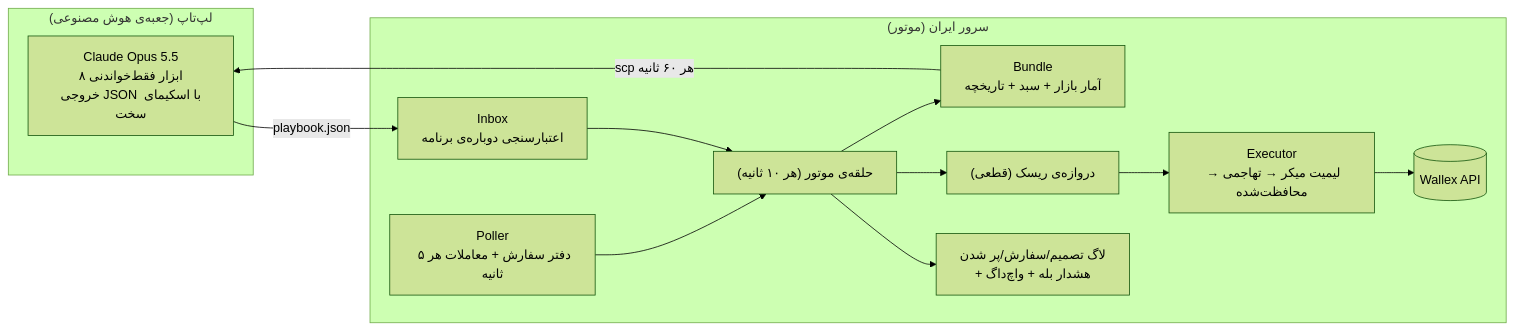
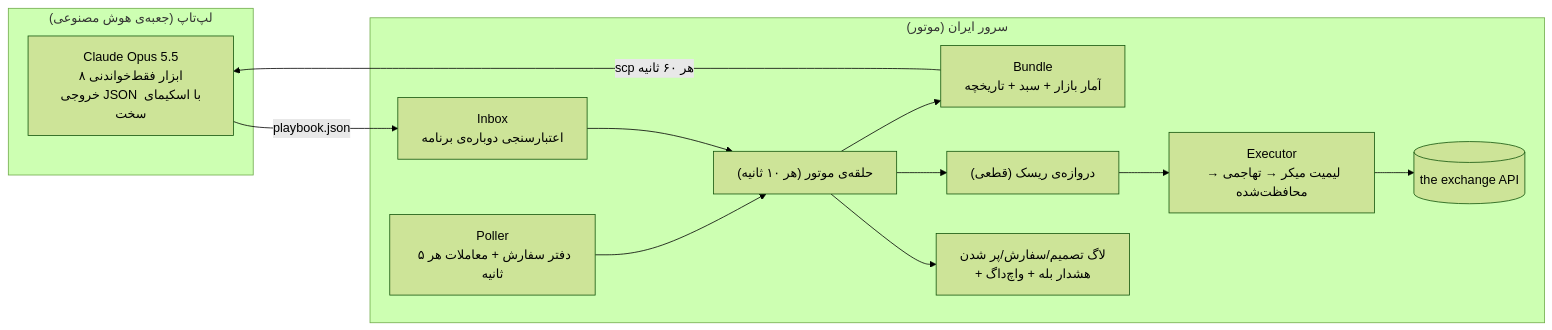
One commit to MetaParsa/kestrel changed the second of 2 diagrams in STRATEGY.md. Above: the diagram before and after it, drawn with Mermaid (forest theme). The commit also changed other lines of this file and 4 other files, not shown here.

````diff
--- a/STRATEGY.md
+++ b/STRATEGY.md
@@ -58,18 +58,18 @@
 ```mermaid
 flowchart LR
   subgraph Laptop["لپ‌تاپ (جعبه‌ی هوش مصنوعی)"]
     AI["Claude Opus 5.5<br/>۸ ابزار فقط‌خواندنی<br/>خروجی JSON با اسکیمای سخت"]
   end
   subgraph Server["سرور ایران (موتور)"]
     P["Poller<br/>دفتر سفارش + معاملات هر ۵ ثانیه"] --> L["حلقه‌ی موتور (هر ۱۰ ثانیه)"]
     B["Bundle<br/>آمار بازار + سبد + تاریخچه"] 
     L --> B
     I["Inbox<br/>اعتبارسنجی دوباره‌ی برنامه"] --> L
     L --> G["دروازه‌ی ریسک (قطعی)"]
     G --> X["Executor<br/>لیمیت میکر → تهاجمی → محافظت‌شده"]
-    X --> W[("Wallex API")]
+    X --> W[("the exchange⁤⁤⁤⁤⁤⁤⁤⁤⁤⁤⁤⁤⁤⁤⁤⁤⁤⁤⁣ API")]
     L --> LOG["لاگ تصمیم/سفارش/پر شدن<br/>+ هشدار بله + واچ‌داگ"]
   end
   B -- "scp هر ۶۰ ثانیه" --> AI
   AI -- "playbook.json" --> I
 ```
````
